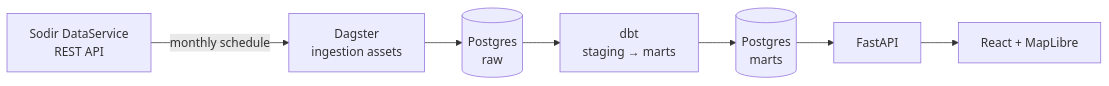
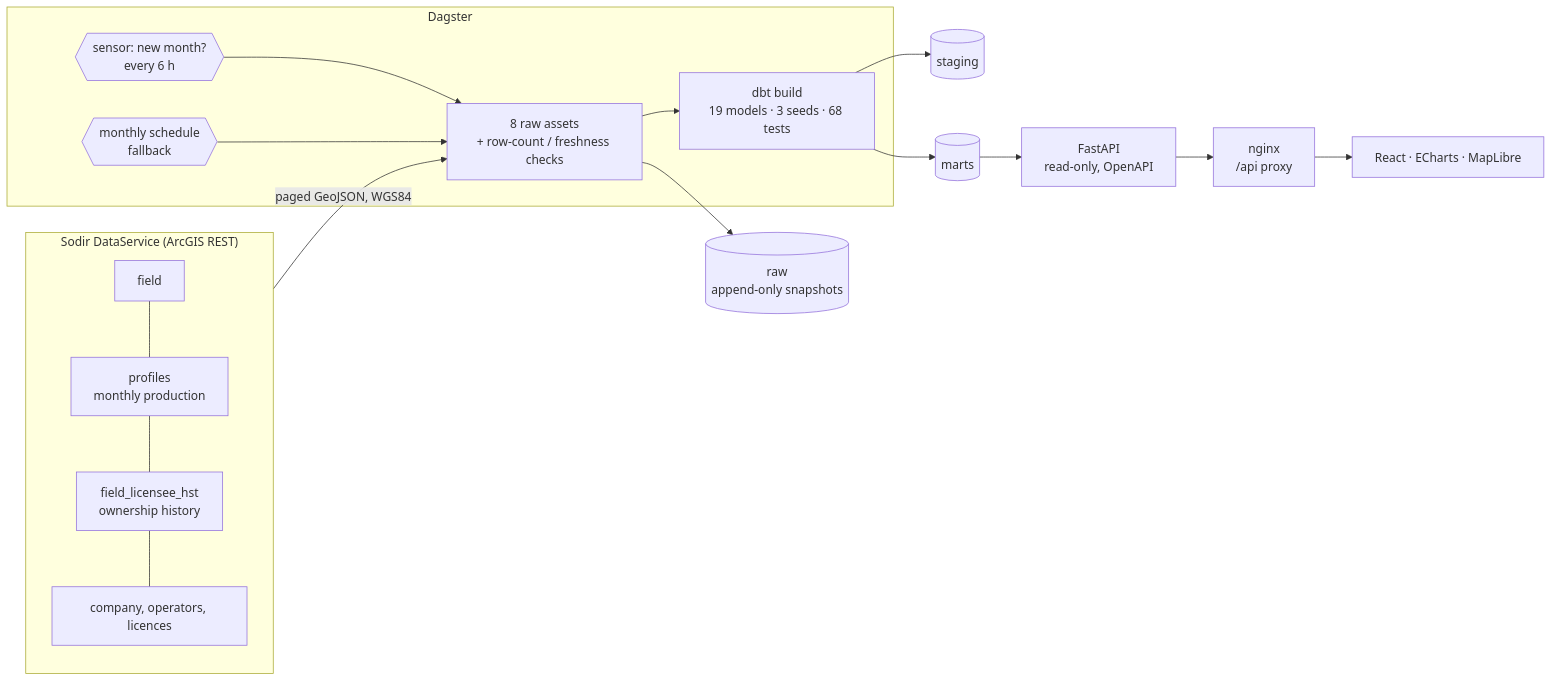
Before and after one commit to plohospalqq/stakeflow: the first of 2 diagrams in README.md, drawn with Mermaid. The commit also changed other lines of this file and 2 other files, not shown here.

````diff
--- a/README.md
+++ b/README.md
@@ -19,9 +81,22 @@
 ```mermaid
 flowchart LR
-    S[Sodir DataService<br/>REST API] -->|monthly schedule| D[Dagster<br/>ingestion assets]
-    D --> R[(Postgres<br/>raw)]
-    R --> T[dbt<br/>staging → marts]
-    T --> M[(Postgres<br/>marts)]
-    M --> A[FastAPI]
-    A --> F[React + MapLibre]
+    subgraph Sodir["Sodir DataService (ArcGIS REST)"]
+        L1[field] --- L2[profiles<br/>monthly production]
+        L2 --- L3[field_licensee_hst<br/>ownership history]
+        L3 --- L4[company, operators, licences]
+    end
+
+    subgraph Dagster
+        S{{sensor: new month?<br/>every 6 h}} --> R[8 raw assets<br/>+ row-count / freshness checks]
+        C{{monthly schedule<br/>fallback}} --> R
+        R --> D[dbt build<br/>19 models · 3 seeds · 68 tests]
+    end
+
+    Sodir -->|paged GeoJSON, WGS84| R
+    R --> RAW[(raw<br/>append-only snapshots)]
+    D --> STG[(staging)]
+    D --> MARTS[(marts)]
+    MARTS --> API[FastAPI<br/>read-only, OpenAPI]
+    API --> NGINX[nginx<br/>/api proxy]
+    NGINX --> UI[React · ECharts · MapLibre]
 ```
````
